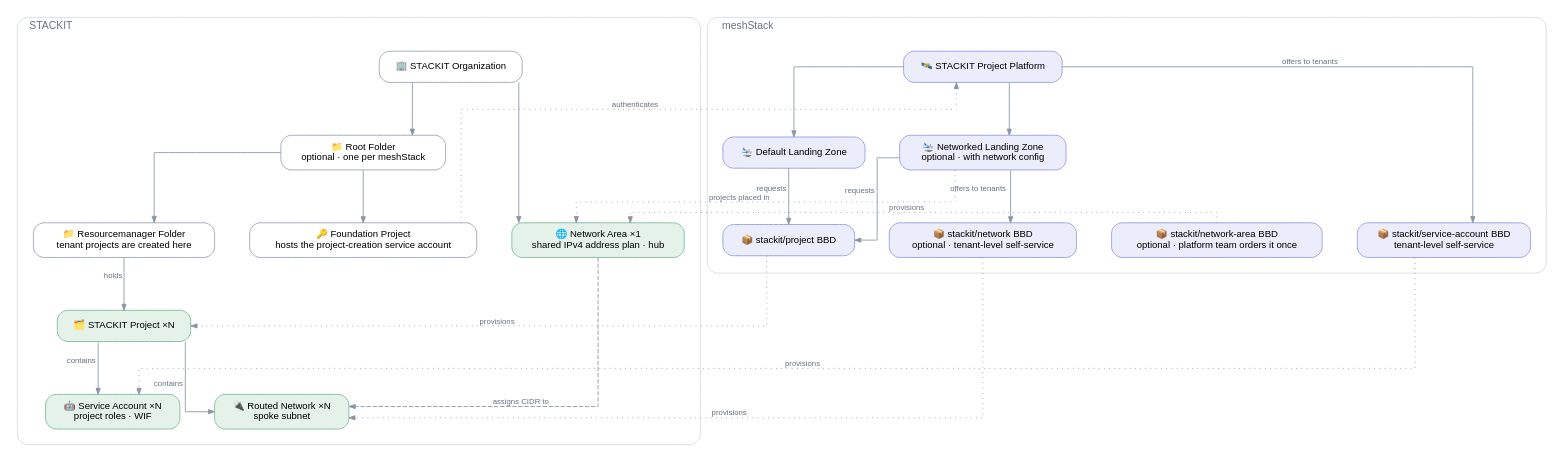
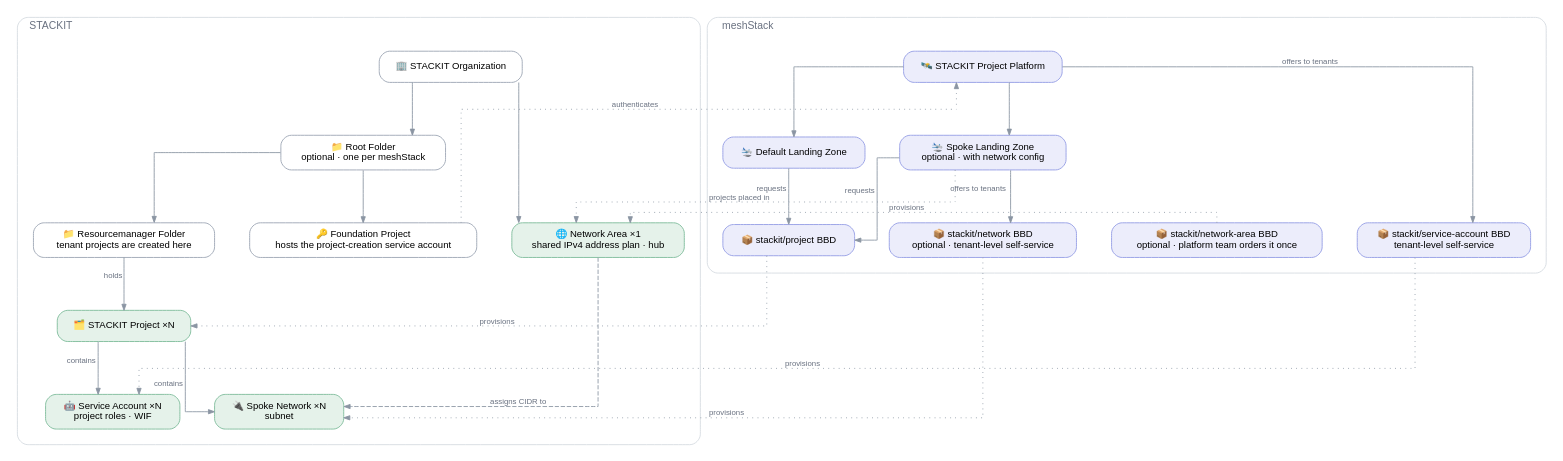
Before and after one commit to meshcloud/meshstack-hub: the diagram in reference-architectures/stackit-landingzone/stackit-landingzone.dot, drawn with Graphviz. The commit also changed 12 other files, not shown here.

First line of the commit message:
refactor(stackit)!: call the networked landing zone spoke

```diff
--- a/reference-architectures/stackit-landingzone/stackit-landingzone.dot
+++ b/reference-architectures/stackit-landingzone/stackit-landingzone.dot
@@ -1,77 +1,77 @@
 /*
  * STACKIT Landing Zone reference architecture.
  * Conventions: .agents/references/diagrams.md — render with: task diagrams
  */
 digraph stackit_landingzone {
   rankdir=TB
   splines=ortho
   forcelabels=true
   bgcolor="white"
   nodesep=0.55
   ranksep=0.85
 
   node [shape=box style="rounded,filled" fontname="Helvetica" fontsize=11
         fillcolor="#ffffff" color="#a2abb8" penwidth=1.1 margin="0.20,0.11"]
   edge [fontname="Helvetica" fontsize=9 fontcolor="#697180" color="#8b95a3" arrowsize=0.7]
 
   subgraph cluster_stackit {
     label="  STACKIT"
     labeljust=l
     fontname="Helvetica" fontsize=12 fontcolor="#697180"
     style="rounded" color="#d5dae0"
     margin=18
 
     ORG    [label="🏢 STACKIT Organization" fillcolor="#ffffff" color="#a2abb8"]
     ROOT   [label="📁 Root Folder\noptional · one per meshStack" fillcolor="#ffffff" color="#a2abb8"]
     FOUND  [label="🔑 Foundation Project\nhosts the project-creation service account" fillcolor="#ffffff" color="#a2abb8"]
     FOLDER [label="📁 Resourcemanager Folder\ntenant projects are created here" fillcolor="#ffffff" color="#a2abb8"]
     NA     [label="🌐 Network Area ×1\nshared IPv4 address plan · hub" fillcolor="#e5f2ea" color="#85bfa0"]
     PRJ    [label="🗂️ STACKIT Project ×N" fillcolor="#e5f2ea" color="#85bfa0"]
     SA     [label="🤖 Service Account ×N\nproject roles · WIF" fillcolor="#e5f2ea" color="#85bfa0"]
-    SPOKE  [label="🔌 Routed Network ×N\nspoke subnet" fillcolor="#e5f2ea" color="#85bfa0"]
+    SPOKE  [label="🔌 Spoke Network ×N\nsubnet" fillcolor="#e5f2ea" color="#85bfa0"]
 
     { rank=same; FOUND -> FOLDER -> NA [style=invis] }
 
     ORG    -> ROOT
     ROOT   -> FOUND
     ROOT   -> FOLDER
     ORG    -> NA
     FOLDER -> PRJ   [xlabel="holds"]
     PRJ    -> SA    [xlabel="contains"]
     PRJ    -> SPOKE [xlabel="contains"]
     NA     -> SPOKE [xlabel="assigns CIDR to" style=dashed constraint=false]
   }
 
   subgraph cluster_mesh {
     label="  meshStack"
     labeljust=l
     fontname="Helvetica" fontsize=12 fontcolor="#697180"
     style="rounded" color="#d5dae0"
     margin=18
 
     PLAT     [label="🛰️ STACKIT Project Platform" fillcolor="#ecedfb" color="#9aa2e6"]
     DEFLZ    [label="🛬 Default Landing Zone" fillcolor="#ecedfb" color="#9aa2e6"]
-    NETLZ    [label="🛬 Networked Landing Zone\noptional · with network config" fillcolor="#ecedfb" color="#9aa2e6"]
+    NETLZ    [label="🛬 Spoke Landing Zone\noptional · with network config" fillcolor="#ecedfb" color="#9aa2e6"]
     PRJBBD   [label="📦 stackit/project BBD" fillcolor="#ecedfb" color="#9aa2e6"]
     SABBD    [label="📦 stackit/service-account BBD\ntenant-level self-service" fillcolor="#ecedfb" color="#9aa2e6"]
     NABBD    [label="📦 stackit/network-area BBD\noptional · platform team orders it once" fillcolor="#ecedfb" color="#9aa2e6"]
     SPOKEBBD [label="📦 stackit/network BBD\noptional · tenant-level self-service" fillcolor="#ecedfb" color="#9aa2e6"]
 
     { rank=same; DEFLZ -> NETLZ [style=invis] }
     { rank=same; PRJBBD -> SABBD -> SPOKEBBD -> NABBD [style=invis] }
 
     PLAT  -> DEFLZ
     PLAT  -> NETLZ
     DEFLZ -> PRJBBD   [xlabel="requests"]
     NETLZ -> PRJBBD   [xlabel="requests"]
     PLAT  -> SABBD    [xlabel="offers to tenants"]
     NETLZ -> SPOKEBBD [xlabel="offers to tenants"]
   }
 
   FOUND    -> PLAT  [xlabel="authenticates" style=dotted constraint=false]
   PRJBBD   -> PRJ   [xlabel="provisions" style=dotted constraint=false]
   SABBD    -> SA    [xlabel="provisions" style=dotted constraint=false]
   NABBD    -> NA    [xlabel="provisions" style=dotted constraint=false]
   SPOKEBBD -> SPOKE [xlabel="provisions" style=dotted constraint=false]
   NETLZ    -> NA    [xlabel="projects placed in" style=dotted constraint=false]
 }
```
